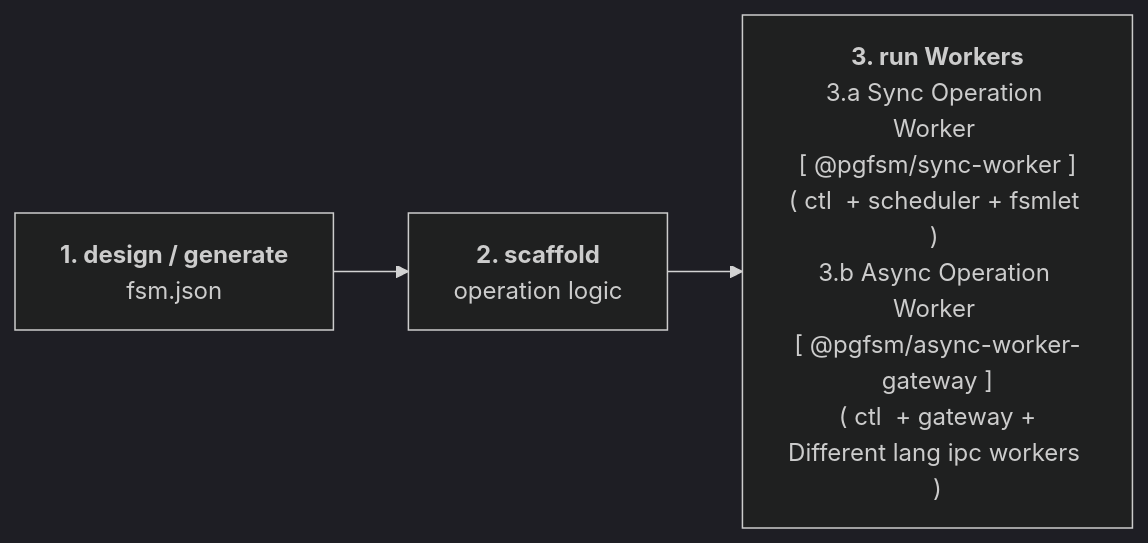
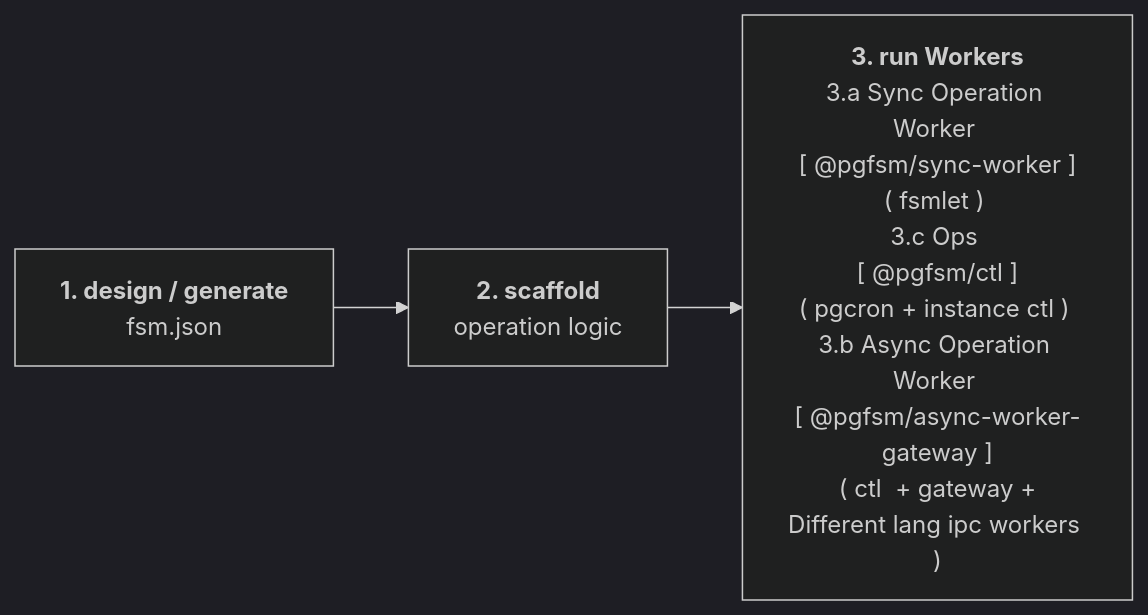
The diagram in README.md (pgfsm/fsm), drawn with Mermaid (dark theme) before and after one commit. The commit also changed other lines of this file and 74 other files, not shown here.

First line of the commit message:
feat(ctl): add @pgfsm/ctl (pgfsmctl), make sync-worker library-only, remove fsm-devstack-ts (#411)

````diff
--- a/README.md
+++ b/README.md
@@ -23,5 +23,5 @@
 ```mermaid
 flowchart LR
     A["<b>1. design / generate</b><br/>fsm.json"] --> B["<b>2. scaffold</b><br/>operation logic"]
-    B --> C["<b>3. run Workers</b><br>3.a Sync Operation Worker <br>[ @pgfsm/sync-worker ]<br>( ctl  + scheduler + fsmlet ) <br>3.b Async Operation Worker <br>[ @pgfsm/async-worker-gateway ]<br> ( ctl  + gateway + Different lang ipc workers )"]
+    B --> C["<b>3. run Workers</b><br>3.a Sync Operation Worker <br>[ @pgfsm/sync-worker ]<br>( fsmlet ) <br>3.c Ops <br>[ @pgfsm/ctl ]<br>( pgcron + instance ctl ) <br>3.b Async Operation Worker <br>[ @pgfsm/async-worker-gateway ]<br> ( ctl  + gateway + Different lang ipc workers )"]
 ```
````
